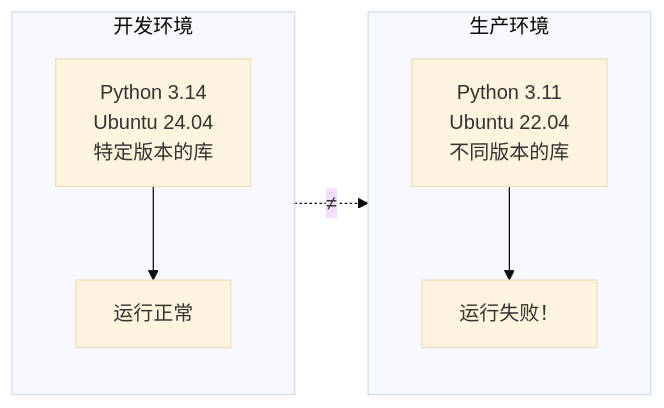
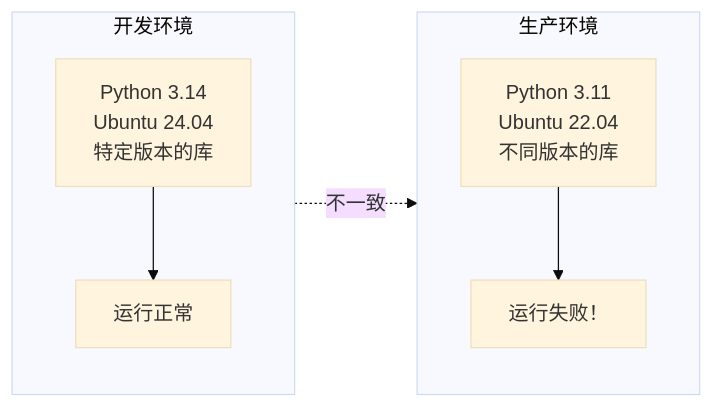
The first of 3 diagrams in 01_introduction/1.2_what.md (yeasy/docker_practice), drawn with Mermaid (base theme) before and after one commit. The commit also changed other lines of this file, not shown here.

Commit message:
Clarify Docker consistency diagrams

````diff
--- a/01_introduction/1.2_what.md
+++ b/01_introduction/1.2_what.md
@@ -17,12 +17,12 @@
 ```mermaid
 flowchart LR
     subgraph Dev ["开发环境"]
         direction TB
         A["Python 3.14<br/>Ubuntu 24.04<br/>特定版本的库"] --> B["运行正常"]
     end
     subgraph Prod ["生产环境"]
         direction TB
         C["Python 3.11<br/>Ubuntu 22.04<br/>不同版本的库"] --> D["运行失败！"]
     end
-    A -. "≠" .-> C
+    A -.->|不一致| C
 ```
````
